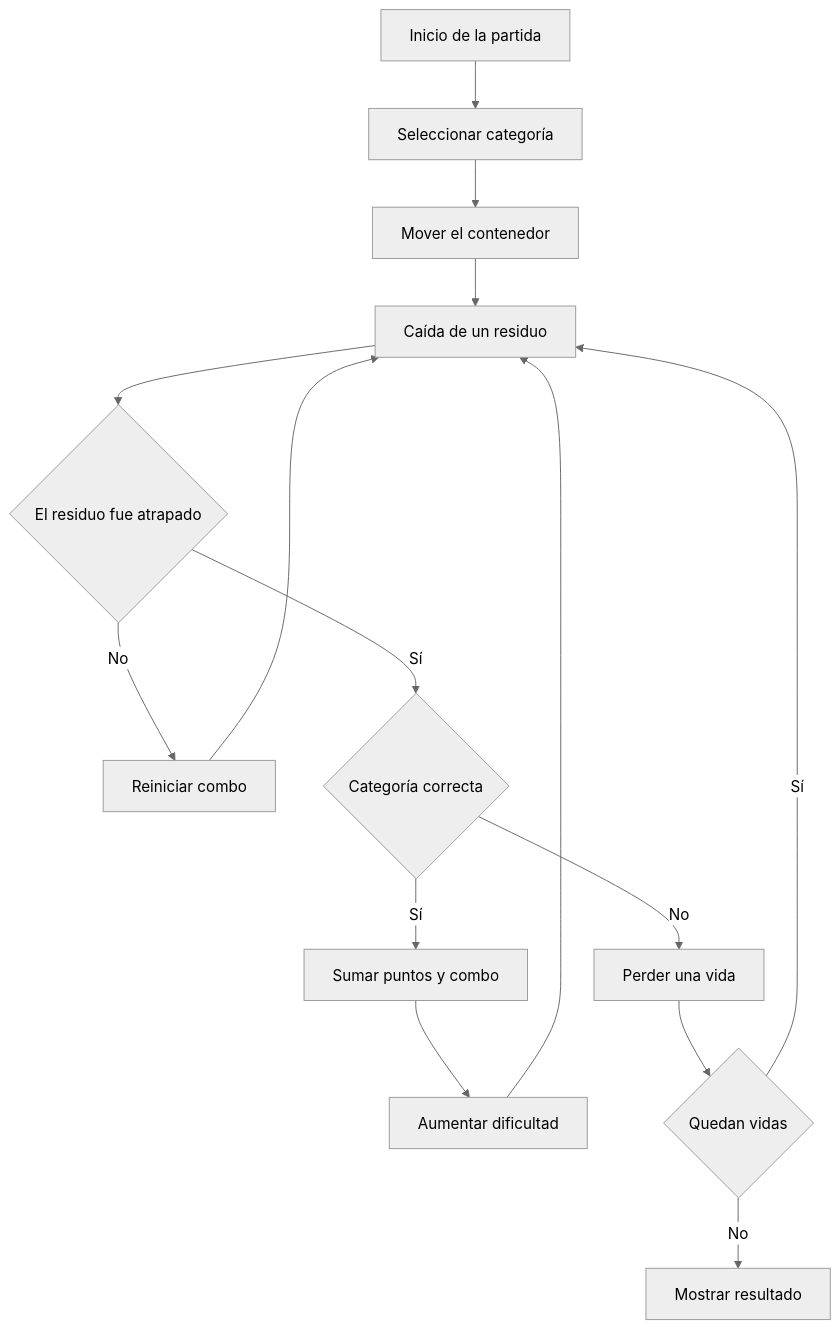
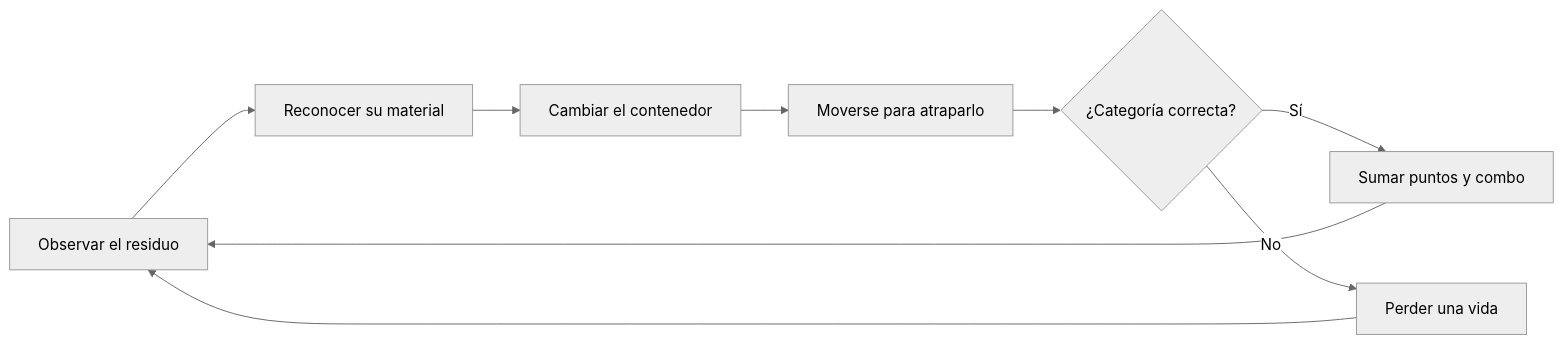
The diagram in juegos/ecofest/README.md (katfipol/game-development-portfolio), drawn with Mermaid (neutral theme) before and after one commit. The commit also changed other lines of this file and 8 other files, not shown here.

````diff
--- a/juegos/ecofest/README.md
+++ b/juegos/ecofest/README.md
@@ -123,17 +144,11 @@
 ```mermaid
-flowchart TD
-    A[Inicio de la partida] --> B[Seleccionar categoría]
-    B --> C[Mover el contenedor]
-    C --> D[Caída de un residuo]
-    D --> E{El residuo fue atrapado}
-    E -->|No| F[Reiniciar combo]
-    E -->|Sí| G{Categoría correcta}
-    G -->|Sí| H[Sumar puntos y combo]
-    G -->|No| I[Perder una vida]
-    F --> D
-    H --> J[Aumentar dificultad]
-    I --> K{Quedan vidas}
-    J --> D
-    K -->|Sí| D
-    K -->|No| L[Mostrar resultado]
+flowchart LR
+    A[Observar el residuo] --> B[Reconocer su material]
+    B --> C[Cambiar el contenedor]
+    C --> D[Moverse para atraparlo]
+    D --> E{¿Categoría correcta?}
+    E -->|Sí| F[Sumar puntos y combo]
+    E -->|No| G[Perder una vida]
+    F --> A
+    G --> A
 ```
````
